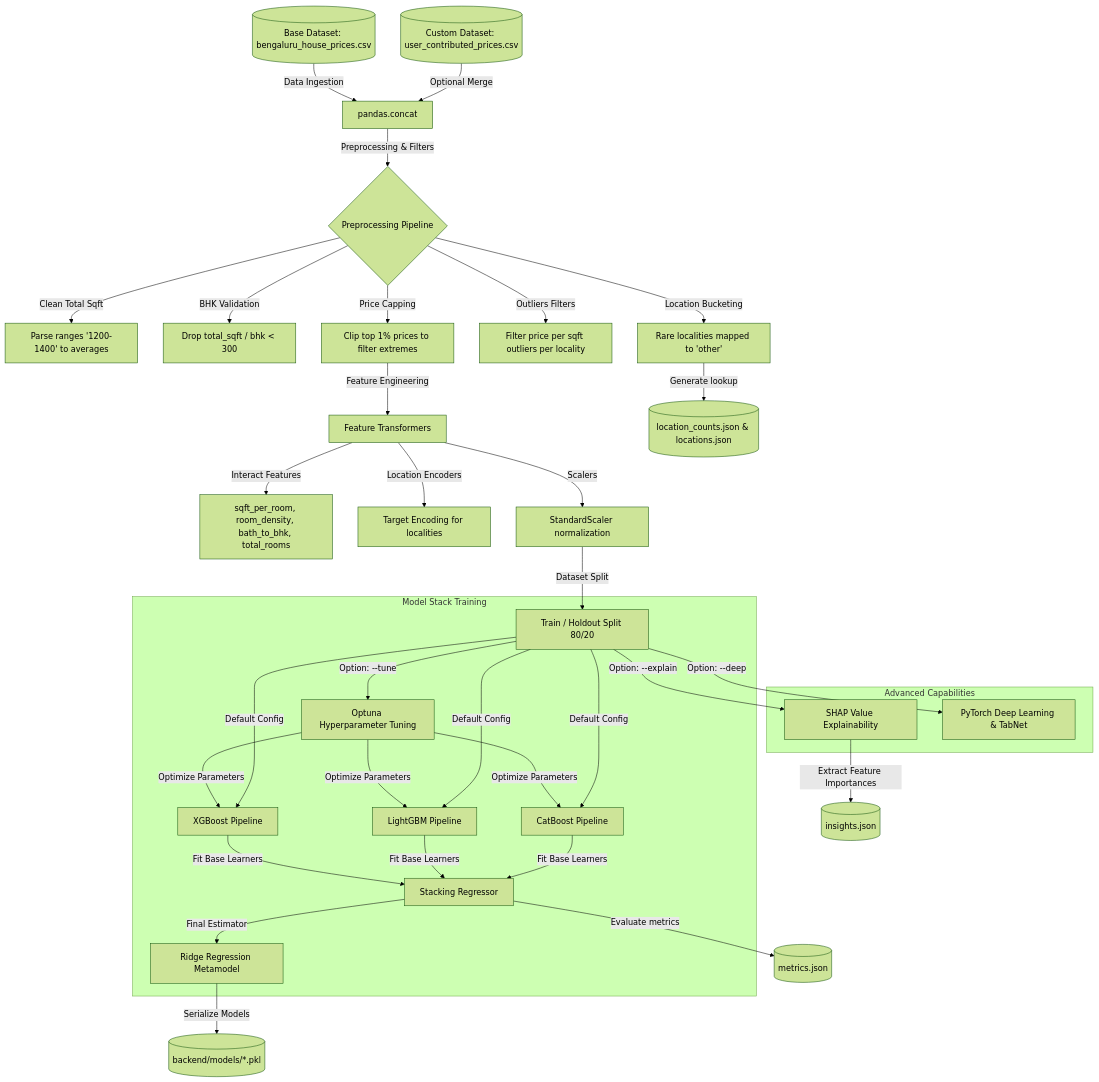
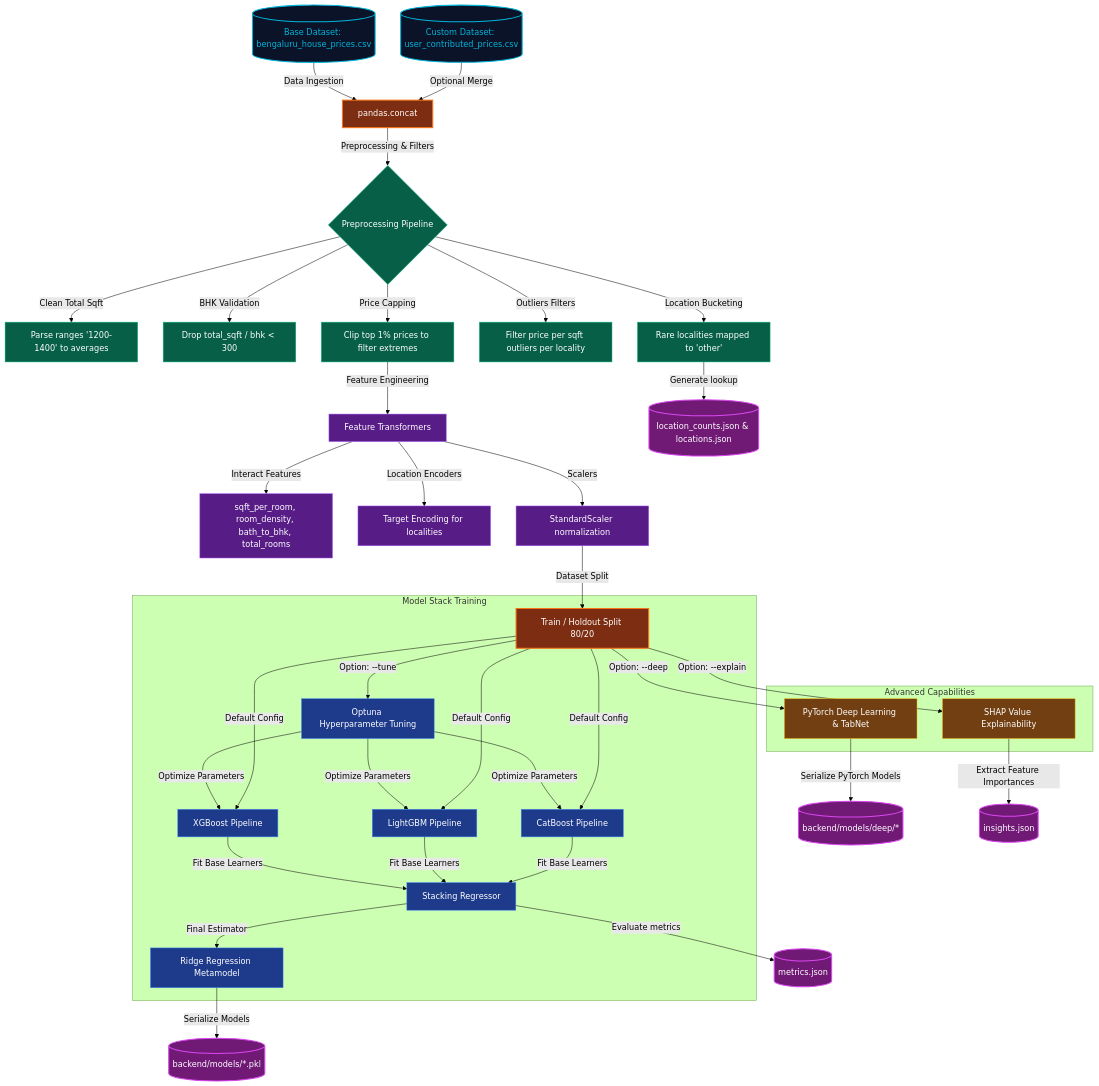
One commit to parameswarrout/Bangalore-House-Price-Predictor changed the second of 2 diagrams in ML/README.md. Above: the diagram before and after it, drawn with Mermaid (forest theme). The commit also changed other lines of this file and 19 other files, not shown here.

````diff
--- a/ML/README.md
+++ b/ML/README.md
@@ -32,45 +86,65 @@
 ```mermaid
 graph TD
     A[(Base Dataset: bengaluru_house_prices.csv)] -->|Data Ingestion| C[pandas.concat]
     B[(Custom Dataset: user_contributed_prices.csv)] -->|Optional Merge| C
     
     C -->|Preprocessing & Filters| D{Preprocessing Pipeline}
     D -->|Clean Total Sqft| D1[Parse ranges '1200-1400' to averages]
     D -->|BHK Validation| D2[Drop total_sqft / bhk < 300]
     D -->|Location Bucketing| D3[Rare localities mapped to 'other']
     D -->|Outliers Filters| D4[Filter price per sqft outliers per locality]
     D -->|Price Capping| D5[Clip top 1% prices to filter extremes]
     
     D5 -->|Feature Engineering| E[Feature Transformers]
     E -->|Interact Features| E1[sqft_per_room, room_density, bath_to_bhk, total_rooms]
     E -->|Location Encoders| E2[Target Encoding for localities]
     E -->|Scalers| E3[StandardScaler normalization]
     
     E3 -->|Dataset Split| F[Train / Holdout Split 80/20]
     
     subgraph Model Stack Training
         F -->|Option: --tune| G[Optuna Hyperparameter Tuning]
         G -->|Optimize Parameters| H1[XGBoost Pipeline]
         G -->|Optimize Parameters| H2[LightGBM Pipeline]
         G -->|Optimize Parameters| H3[CatBoost Pipeline]
         
         F -->|Default Config| H1
         F -->|Default Config| H2
         F -->|Default Config| H3
         
         H1 -->|Fit Base Learners| I[Stacking Regressor]
         H2 -->|Fit Base Learners| I
         H3 -->|Fit Base Learners| I
         I -->|Final Estimator| J[Ridge Regression Metamodel]
     end
     
     subgraph Advanced Capabilities
         F -->|Option: --explain| K[SHAP Value Explainability]
         F -->|Option: --deep| L[PyTorch Deep Learning & TabNet]
     end
     
     J -->|Serialize Models| M[(backend/models/*.pkl)]
+    L -->|Serialize PyTorch Models| MD[(backend/models/deep/*)]
     K -->|Extract Feature Importances| N[(insights.json)]
     I -->|Evaluate metrics| O[(metrics.json)]
     D3 -->|Generate lookup| P[(location_counts.json & locations.json)]
+
+    %% Custom Color Styles
+    classDef default fill:#1e293b,stroke:#475569,stroke-width:1px,color:#f8fafc;
+    classDef storage fill:#0b1329,stroke:#00b4d8,stroke-width:2px,color:#00b4d8;
+    classDef pipeline fill:#7c2d12,stroke:#f97316,stroke-width:2px,color:#ffffff;
+    classDef preprocess fill:#065f46,stroke:#10b981,stroke-width:1px,color:#ffffff;
+    classDef feature fill:#581c87,stroke:#a855f7,stroke-width:1px,color:#ffffff;
+    classDef model fill:#1e3a8a,stroke:#3b82f6,stroke-width:1px,color:#ffffff;
+    classDef advanced fill:#713f12,stroke:#eab308,stroke-width:1px,color:#ffffff;
+    classDef artifact fill:#701a75,stroke:#d946ef,stroke-width:2px,color:#ffffff;
+
+    class A,B storage;
+    class C pipeline;
+    class D,D1,D2,D3,D4,D5 preprocess;
+    class E,E1,E2,E3 feature;
+    class F pipeline;
+    class G,H1,H2,H3,I,J model;
+    class K,L advanced;
+    class M,MD,N,O,P artifact;
 ```
````
